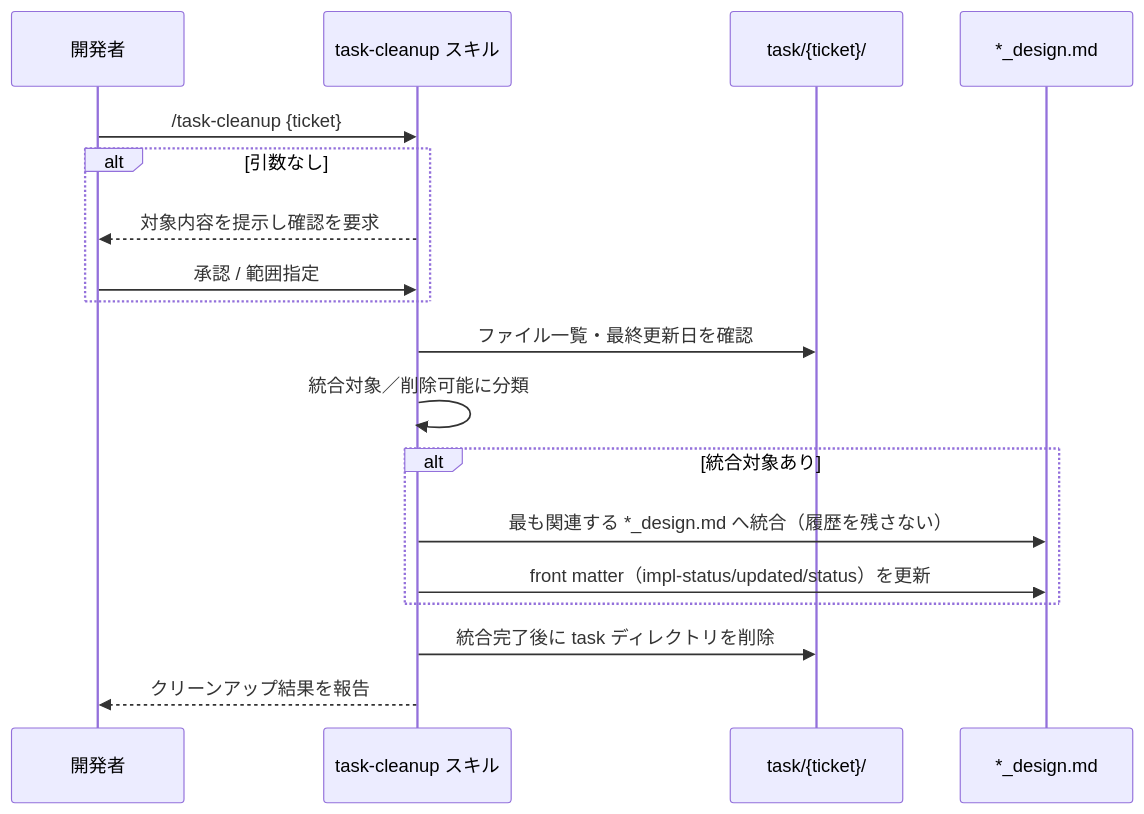
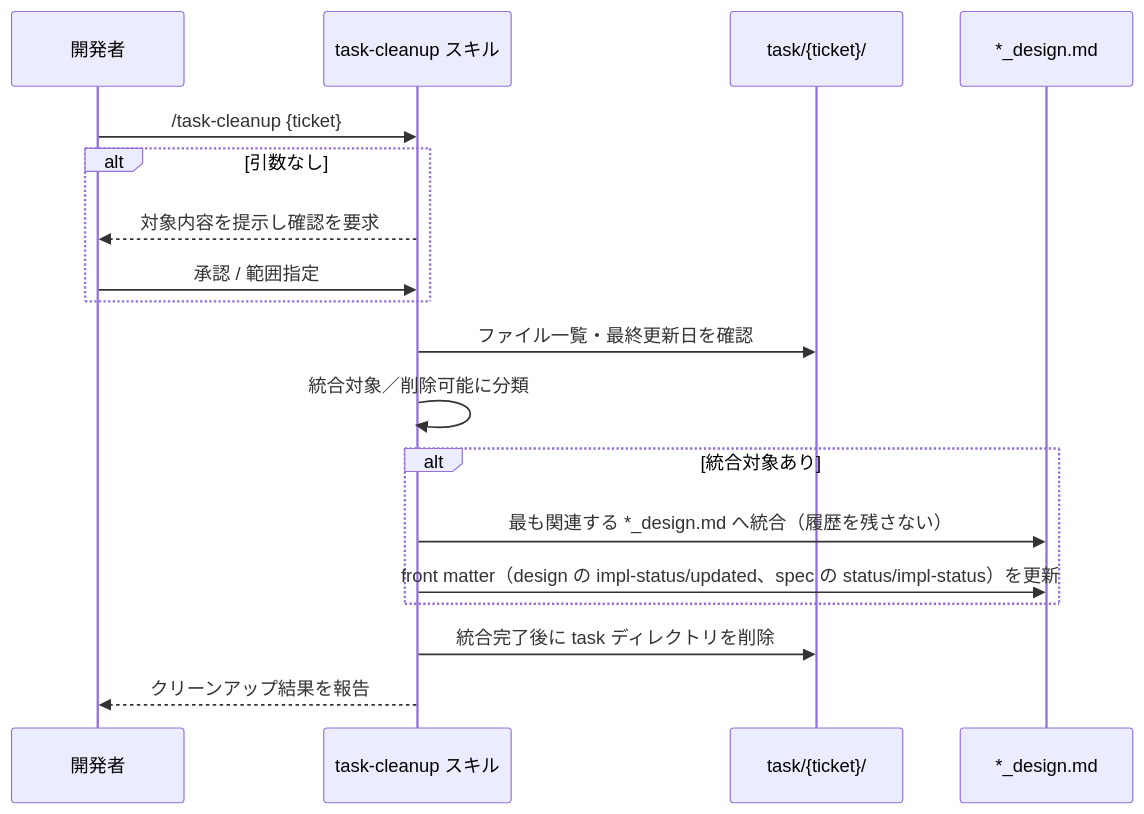
One commit to ToshikiImagawa/ai-sdd-workflow-dev changed the diagram in .sdd/specification/task-implementation/task-cleanup_spec.md. Above: the diagram before and after it, drawn with Mermaid. The commit also changed other lines of this file and 30 other files, not shown here.

First line of the commit message:
[add] impl-status を Spec 型でも有効なフィールドに拡張し check-spec の未実装判定を分岐 (#103)

````diff
--- a/.sdd/specification/task-implementation/task-cleanup_spec.md
+++ b/.sdd/specification/task-implementation/task-cleanup_spec.md
@@ -113,21 +113,21 @@
 ```mermaid
 sequenceDiagram
     participant User as 開発者
     participant Skill as task-cleanup スキル
     participant Task as task/{ticket}/
     participant Design as *_design.md
 
     User ->> Skill: /task-cleanup {ticket}
     alt 引数なし
         Skill -->> User: 対象内容を提示し確認を要求
         User ->> Skill: 承認 / 範囲指定
     end
     Skill ->> Task: ファイル一覧・最終更新日を確認
     Skill ->> Skill: 統合対象／削除可能に分類
     alt 統合対象あり
         Skill ->> Design: 最も関連する *_design.md へ統合（履歴を残さない）
-        Skill ->> Design: front matter（impl-status/updated/status）を更新
+        Skill ->> Design: front matter（design の impl-status/updated、spec の status/impl-status）を更新
     end
     Skill ->> Task: 統合完了後に task ディレクトリを削除
     Skill -->> User: クリーンアップ結果を報告
 ```
````
